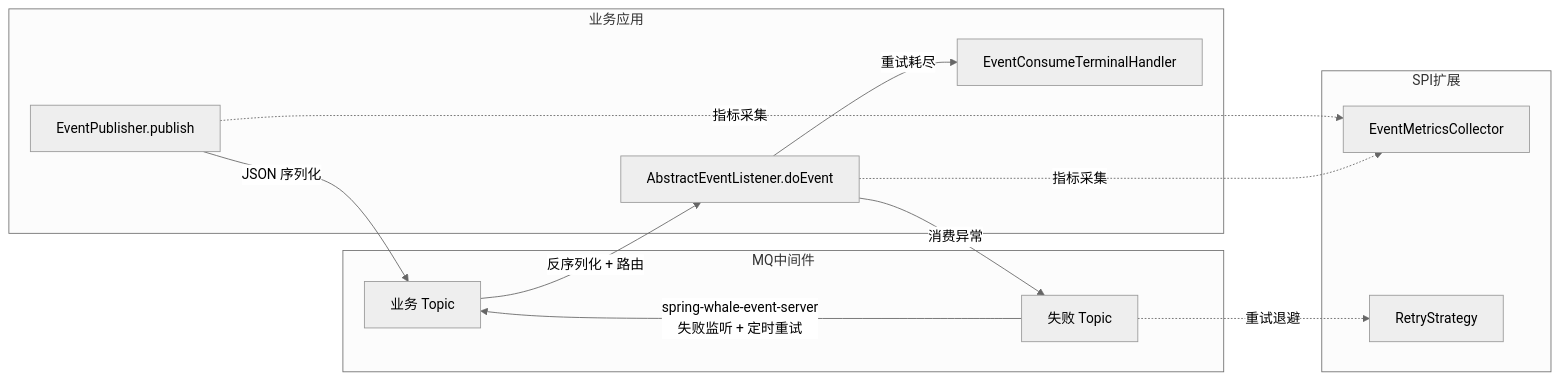
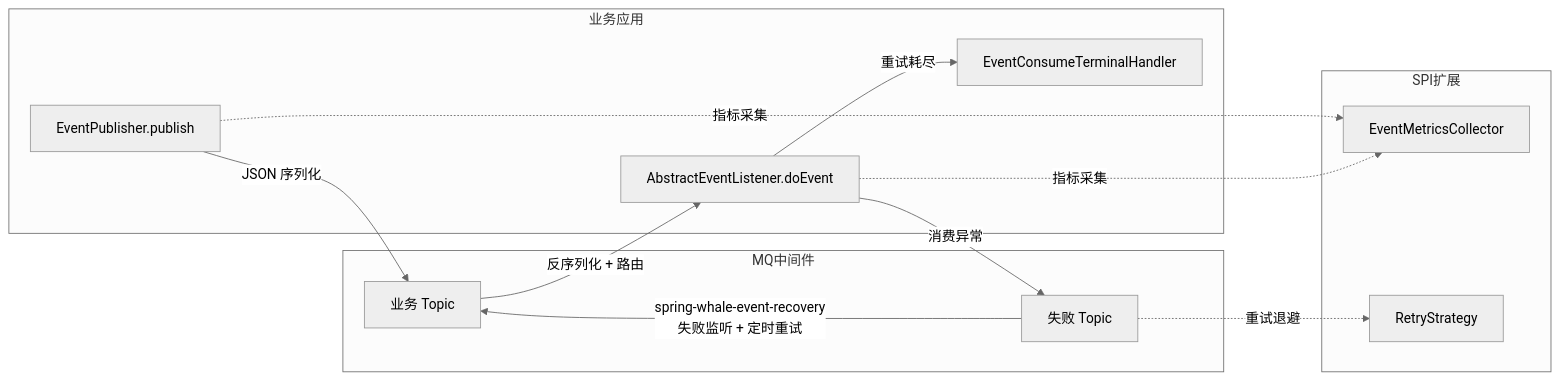
Before and after one commit to JulianZhuCode/spring-whale: the diagram in spring-whale-event/README_cn.md, drawn with Mermaid (neutral theme). The commit also changed other lines of this file and 36 other files, not shown here.

First line of the commit message:
refactor(spring-whale-event): 将事件服务重试模块重命名为recovery模块

````diff
--- a/spring-whale-event/README_cn.md
+++ b/spring-whale-event/README_cn.md
@@ -27,27 +27,27 @@
 ```mermaid
 flowchart LR
     subgraph 业务应用
         EP[EventPublisher.publish]
         EL[AbstractEventListener.doEvent]
         TH[EventConsumeTerminalHandler]
     end
 
     subgraph MQ中间件
         ET[业务 Topic]
         FT[失败 Topic]
     end
 
     subgraph SPI扩展
         MC[EventMetricsCollector]
         RS[RetryStrategy]
     end
 
     EP -->|JSON 序列化| ET
     ET -->|反序列化 + 路由| EL
     EL -->|消费异常| FT
-    FT -->|spring-whale-event-server<br/>失败监听 + 定时重试| ET
+    FT -->|spring-whale-event-recovery<br/>失败监听 + 定时重试| ET
     EL -->|重试耗尽| TH
     EP -.->|指标采集| MC
     EL -.->|指标采集| MC
     FT -.->|重试退避| RS
 ```
````
